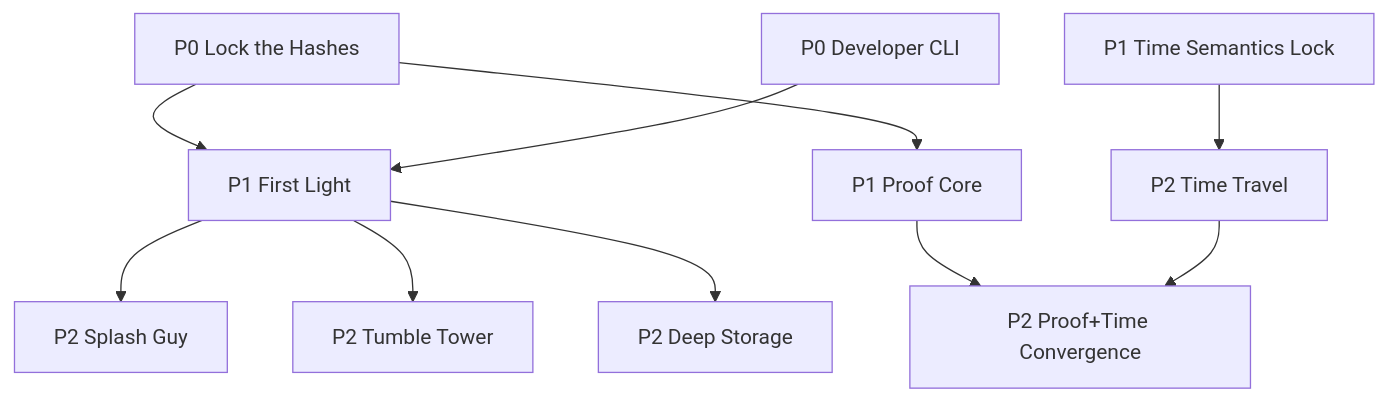
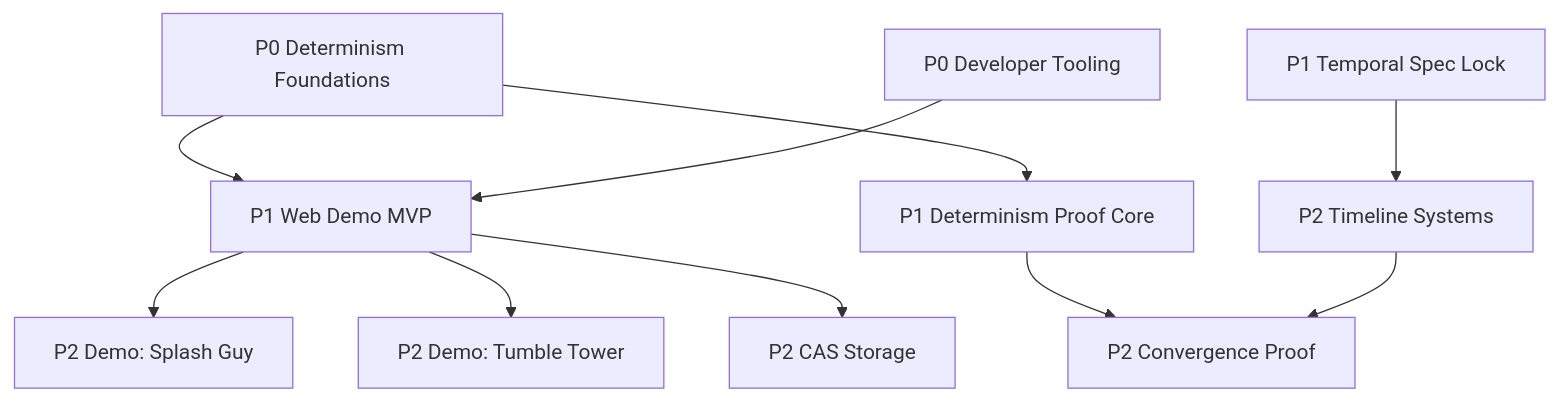
One commit to flyingrobots/echo changed the diagram in docs/ROADMAP.md. Above: the diagram before and after it, drawn with Mermaid. The commit also changed other lines of this file and 41 other files, not shown here.

Commit message:
docs(roadmap): polish milestone slugs and names

````diff
--- a/docs/ROADMAP.md
+++ b/docs/ROADMAP.md
@@ -21,12 +21,12 @@
 ```mermaid
 flowchart TD
-  A["P0 Lock the Hashes"] --> C["P1 First Light"]
-  A --> D["P1 Proof Core"]
-  B["P0 Developer CLI"] --> C
-  E["P1 Time Semantics Lock"] --> F["P2 Time Travel"]
-  D --> G["P2 Proof+Time Convergence"]
+  A["P0 Determinism Foundations"] --> C["P1 Web Demo MVP"]
+  A --> D["P1 Determinism Proof Core"]
+  B["P0 Developer Tooling"] --> C
+  E["P1 Temporal Spec Lock"] --> F["P2 Timeline Systems"]
+  D --> G["P2 Convergence Proof"]
   F --> G
-  C --> H["P2 Splash Guy"]
-  C --> I["P2 Tumble Tower"]
-  C --> J["P2 Deep Storage"]
+  C --> H["P2 Demo: Splash Guy"]
+  C --> I["P2 Demo: Tumble Tower"]
+  C --> J["P2 CAS Storage"]
 ```
````
